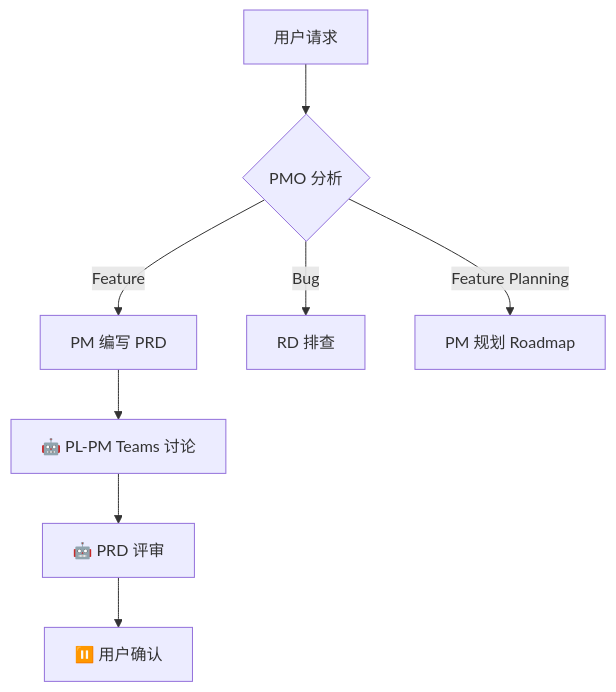
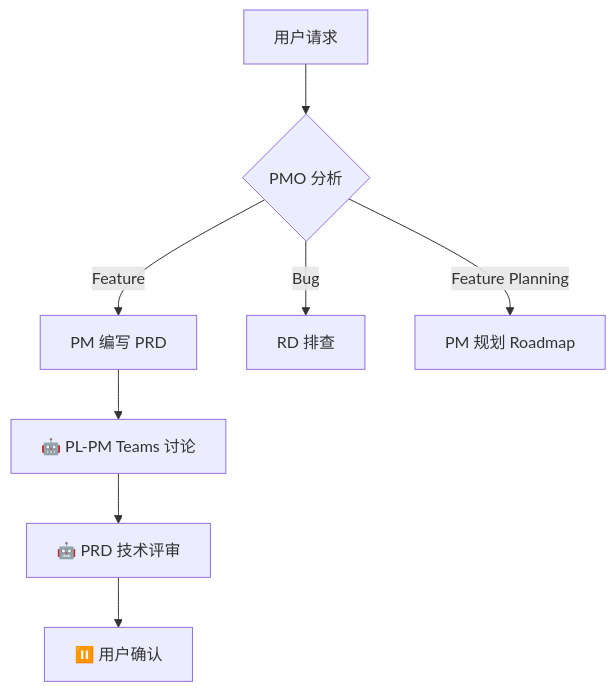
One commit to okteam99/teamwork changed the diagram in skills/teamwork/standards/common.md. Above: the diagram before and after it, drawn with Mermaid. The commit also changed other lines of this file and 44 other files, not shown here.

First line of the commit message:
refactor: restructure teamwork skill into stage-based execution with Micro flow

````diff
--- a/skills/teamwork/standards/common.md
+++ b/skills/teamwork/standards/common.md
@@ -649,10 +655,10 @@
 ```mermaid
 flowchart TD
     A[用户请求] --> B{PMO 分析}
     B -->|Feature| C[PM 编写 PRD]
     B -->|Bug| D[RD 排查]
     B -->|Feature Planning| E[PM 规划 Roadmap]
     C --> C2[🤖 PL-PM Teams 讨论]
-    C2 --> F[🤖 PRD 评审]
+    C2 --> F[🤖 PRD 技术评审]
     F --> G[⏸️ 用户确认]
 ```
````
